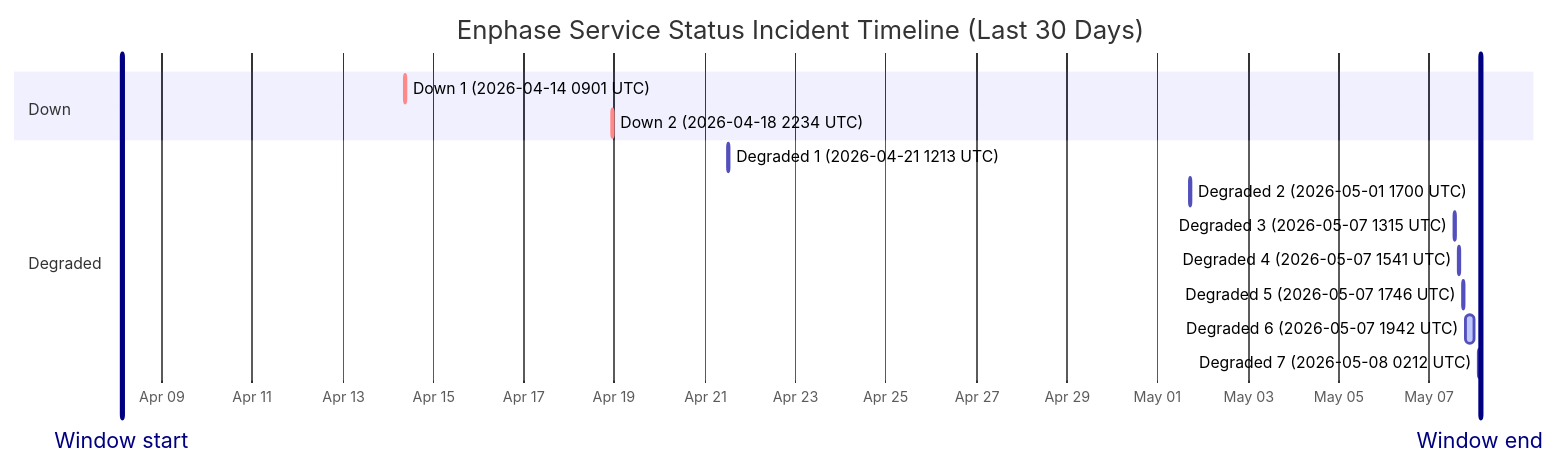
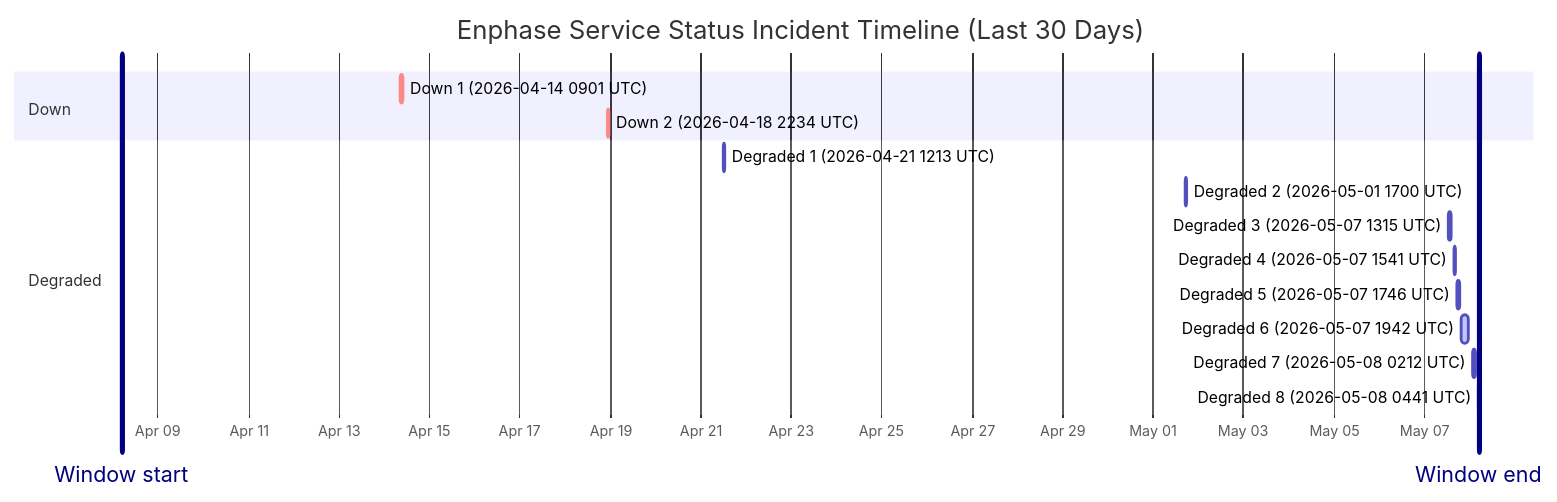
One commit to barneyonline/ha-enphase-ev-charger changed the diagram in wiki/Service-Status-History.md. Above: the diagram before and after it, drawn with Mermaid. The commit also changed other lines of this file and 4 other files, not shown here.

````diff
--- a/wiki/Service-Status-History.md
+++ b/wiki/Service-Status-History.md
@@ -14,19 +14,20 @@
 ```mermaid
 gantt
     title Enphase Service Status Incident Timeline (Last 30 Days)
     dateFormat  YYYY-MM-DDTHH:mm:ss
     axisFormat  %b %d
-    Window start :vert, window-start, 2026-04-08T02:50:13, 0ms
-    Window end :vert, window-end, 2026-05-08T02:50:13, 0ms
+    Window start :vert, window-start, 2026-04-08T04:41:46, 0ms
+    Window end :vert, window-end, 2026-05-08T04:41:46, 0ms
     section Down
     Down 1 (2026-04-14 0901 UTC) :crit, down-1, 2026-04-14T09:01:13, 60m
     Down 2 (2026-04-18 2234 UTC) :crit, down-2, 2026-04-18T22:34:13, 60m
     section Degraded
     Degraded 1 (2026-04-21 1213 UTC) :active, degraded-1, 2026-04-21T12:13:11, 60m
     Degraded 2 (2026-05-01 1700 UTC) :active, degraded-2, 2026-05-01T17:00:22, 60m
     Degraded 3 (2026-05-07 1315 UTC) :active, degraded-3, 2026-05-07T13:15:25, 60m
     Degraded 4 (2026-05-07 1541 UTC) :active, degraded-4, 2026-05-07T15:41:58, 60m
     Degraded 5 (2026-05-07 1746 UTC) :active, degraded-5, 2026-05-07T17:46:51, 60m
     Degraded 6 (2026-05-07 1942 UTC) :active, degraded-6, 2026-05-07T19:42:10, 249m
     Degraded 7 (2026-05-08 0212 UTC) :active, degraded-7, 2026-05-08T02:12:39, 60m
+    Degraded 8 (2026-05-08 0441 UTC) :active, degraded-8, 2026-05-08T04:41:46, 60m
 ```
````
